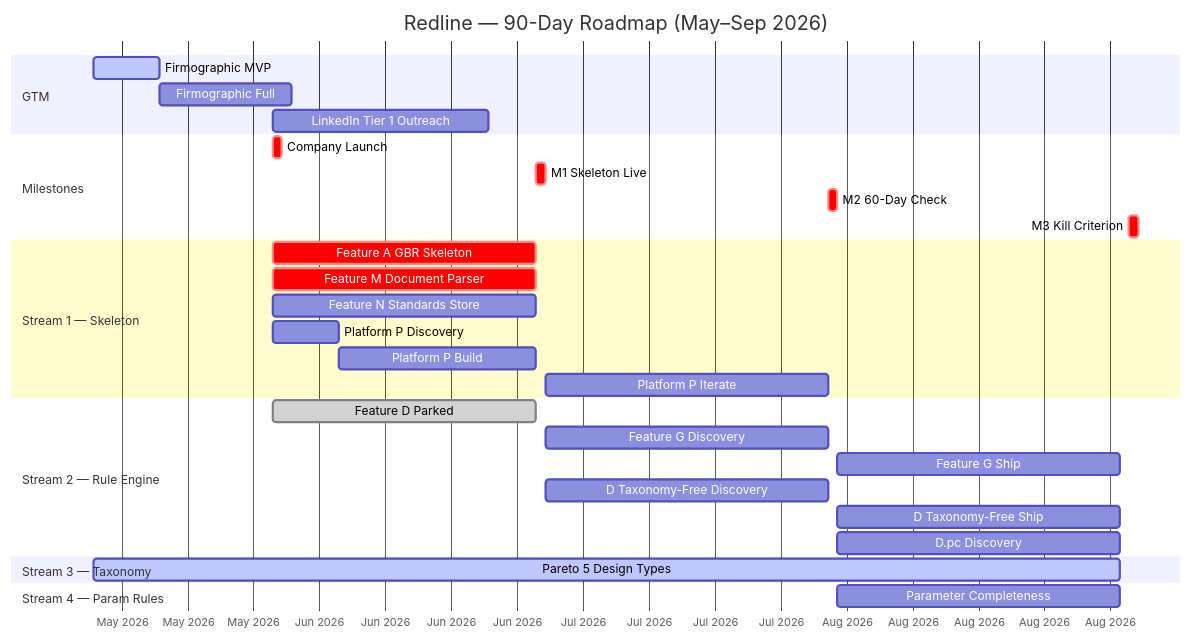
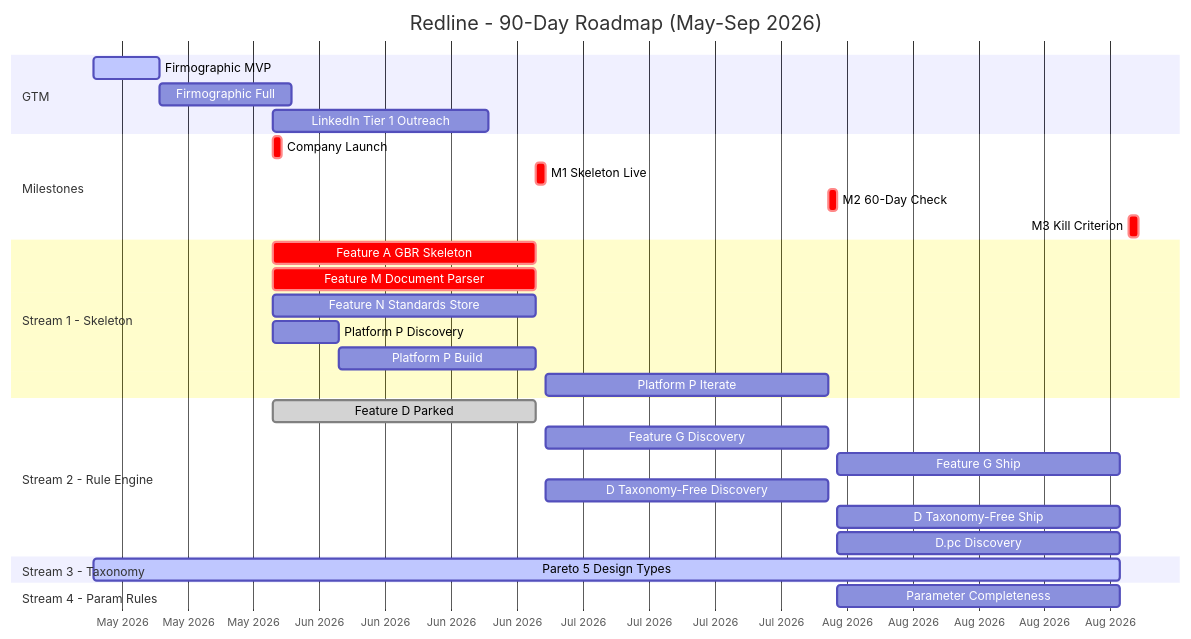
One commit to redmarklogic/redline changed the diagram in docs/product/strategy/roadmap.md. Above: the diagram before and after it, drawn with Mermaid. The commit also changed 2 other files, not shown here.

Commit message:
docs: update product strategy roadmap and research findings

````diff
--- a/docs/product/strategy/roadmap.md
+++ b/docs/product/strategy/roadmap.md
@@ -25,39 +25,39 @@
 ```mermaid
 gantt
-    title Redline — 90-Day Roadmap (May–Sep 2026)
+    title Redline - 90-Day Roadmap (May-Sep 2026)
     dateFormat  YYYY-MM-DD
     axisFormat  %b %Y
 
     section GTM
     Firmographic MVP           :active, 2026-05-14, 2026-05-21
     Firmographic Full          :2026-05-21, 2026-06-04
     LinkedIn Tier 1 Outreach   :2026-06-02, 2026-06-25
 
     section Milestones
     Company Launch             :crit, 2026-06-02, 1d
     M1 Skeleton Live           :crit, 2026-06-30, 1d
     M2 60-Day Check            :crit, 2026-07-31, 1d
     M3 Kill Criterion          :crit, 2026-09-01, 1d
 
-    section Stream 1 — Skeleton
+    section Stream 1 - Skeleton
     Feature A GBR Skeleton     :crit, 2026-06-02, 2026-06-30
     Feature M Document Parser  :crit, 2026-06-02, 2026-06-30
     Feature N Standards Store  :2026-06-02, 2026-06-30
     Platform P Discovery       :2026-06-02, 2026-06-09
     Platform P Build           :2026-06-09, 2026-06-30
     Platform P Iterate         :2026-07-01, 2026-07-31
 
-    section Stream 2 — Rule Engine
+    section Stream 2 - Rule Engine
     Feature D Parked           :done, 2026-06-02, 2026-06-30
     Feature G Discovery        :2026-07-01, 2026-07-31
     Feature G Ship             :2026-08-01, 2026-08-31
     D Taxonomy-Free Discovery  :2026-07-01, 2026-07-31
     D Taxonomy-Free Ship       :2026-08-01, 2026-08-31
     D.pc Discovery             :2026-08-01, 2026-08-31
 
-    section Stream 3 — Taxonomy
+    section Stream 3 - Taxonomy
     Pareto 5 Design Types      :active, 2026-05-14, 2026-08-31
 
-    section Stream 4 — Param Rules
+    section Stream 4 - Param Rules
     Parameter Completeness     :2026-08-01, 2026-08-31
 ```
````
